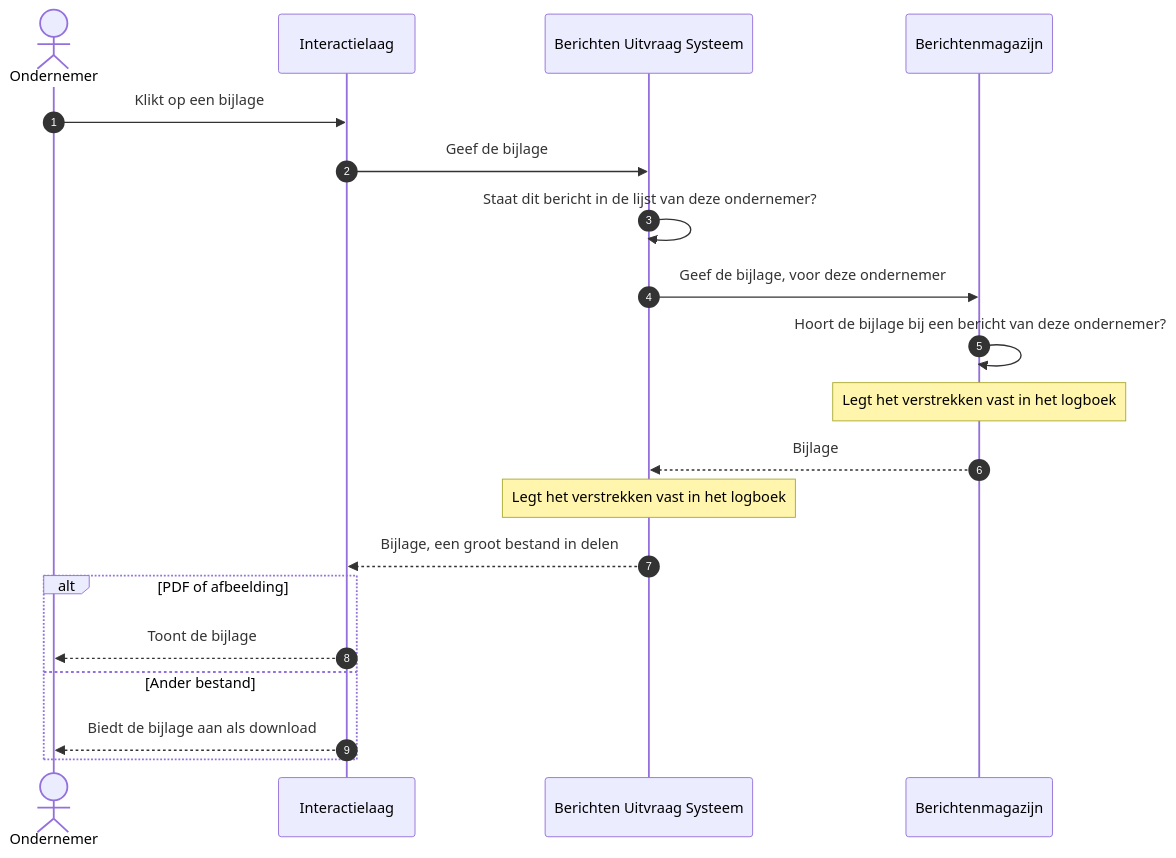
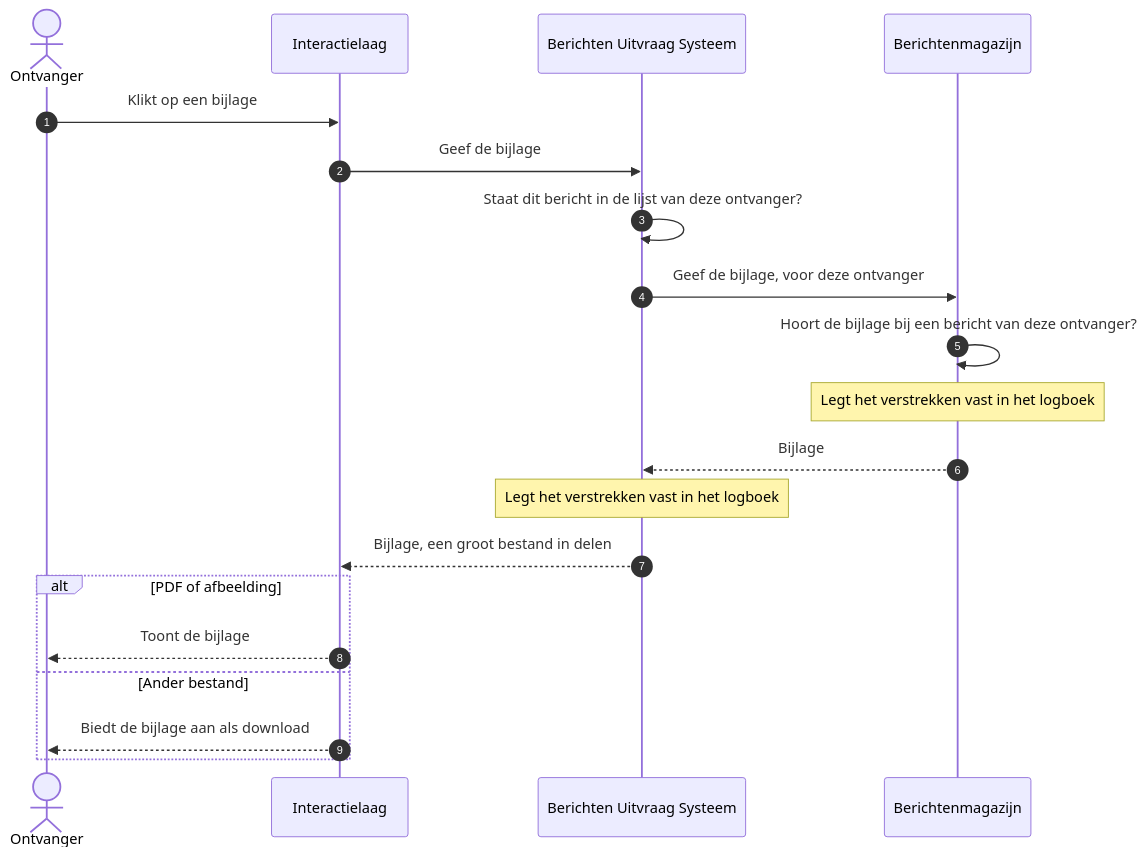
One commit to MinBZK/moza-poc-fbs-berichtenbox changed the diagram in docs/architecture/workspace-docs/10-uc6-bijlage-openen.md. Above: the diagram before and after it, drawn with Mermaid. The commit also changed other lines of this file and 15 other files, not shown here.

First line of the commit message:
docs(architectuur): use cases generiek voor burgers en ondernemers

````diff
--- a/docs/architecture/workspace-docs/10-uc6-bijlage-openen.md
+++ b/docs/architecture/workspace-docs/10-uc6-bijlage-openen.md
@@ -24,23 +24,23 @@
 ```mermaid
 sequenceDiagram
     autonumber
-    actor OND as Ondernemer
+    actor ONT as Ontvanger
     participant IL as Interactielaag
     participant FBS as Berichten Uitvraag Systeem
     participant MAG as Berichtenmagazijn
 
-    OND->>IL: Klikt op een bijlage
+    ONT->>IL: Klikt op een bijlage
     IL->>FBS: Geef de bijlage
-    FBS->>FBS: Staat dit bericht in de lijst van deze ondernemer?
-    FBS->>MAG: Geef de bijlage, voor deze ondernemer
-    MAG->>MAG: Hoort de bijlage bij een bericht van deze ondernemer?
+    FBS->>FBS: Staat dit bericht in de lijst van deze ontvanger?
+    FBS->>MAG: Geef de bijlage, voor deze ontvanger
+    MAG->>MAG: Hoort de bijlage bij een bericht van deze ontvanger?
     Note over MAG: Legt het verstrekken vast in het logboek
     MAG-->>FBS: Bijlage
     Note over FBS: Legt het verstrekken vast in het logboek
     FBS-->>IL: Bijlage, een groot bestand in delen
     alt PDF of afbeelding
-        IL-->>OND: Toont de bijlage
+        IL-->>ONT: Toont de bijlage
     else Ander bestand
-        IL-->>OND: Biedt de bijlage aan als download
+        IL-->>ONT: Biedt de bijlage aan als download
     end
 ```
````
